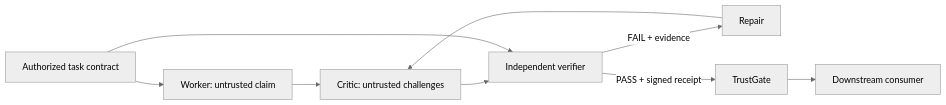
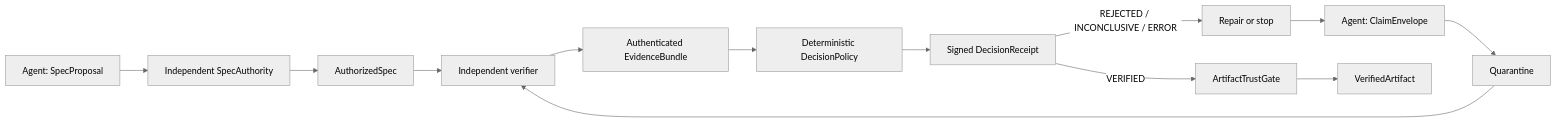
One commit to wenxiangyuan611-hash/verification-first-harness changed the diagram in README.md. Above: the diagram before and after it, drawn with Mermaid (neutral theme). The commit also changed other lines of this file and 25 other files, not shown here.

````diff
--- a/README.md
+++ b/README.md
@@ -31,11 +32,15 @@
 ```mermaid
 flowchart LR
-    S["Authorized task contract"] --> W["Worker: untrusted claim"]
-    W --> C["Critic: untrusted challenges"]
-    C --> V["Independent verifier"]
-    S --> V
-    V -->|FAIL + evidence| R["Repair"]
-    R --> C
-    V -->|PASS + signed receipt| G["TrustGate"]
-    G --> D["Downstream consumer"]
+    P["Agent: SpecProposal"] --> A["Independent SpecAuthority"]
+    A --> S["AuthorizedSpec"]
+    C["Agent: ClaimEnvelope"] --> Q["Quarantine"]
+    S --> V["Independent verifier"]
+    Q --> V
+    V --> E["Authenticated EvidenceBundle"]
+    E --> D["Deterministic DecisionPolicy"]
+    D --> R["Signed DecisionReceipt"]
+    R -->|"VERIFIED"| G["ArtifactTrustGate"]
+    G --> X["VerifiedArtifact"]
+    R -->|"REJECTED / INCONCLUSIVE / ERROR"| F["Repair or stop"]
+    F --> C
 ```
````
